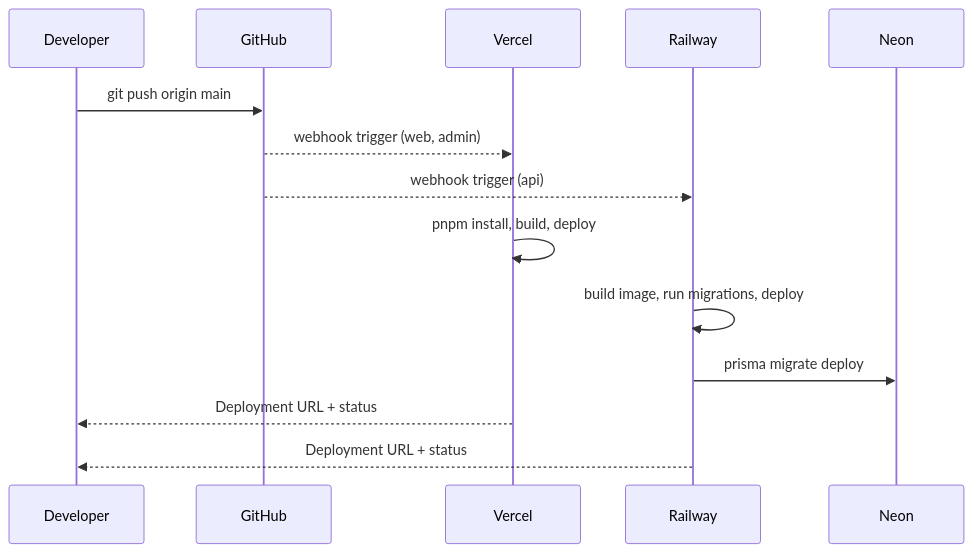
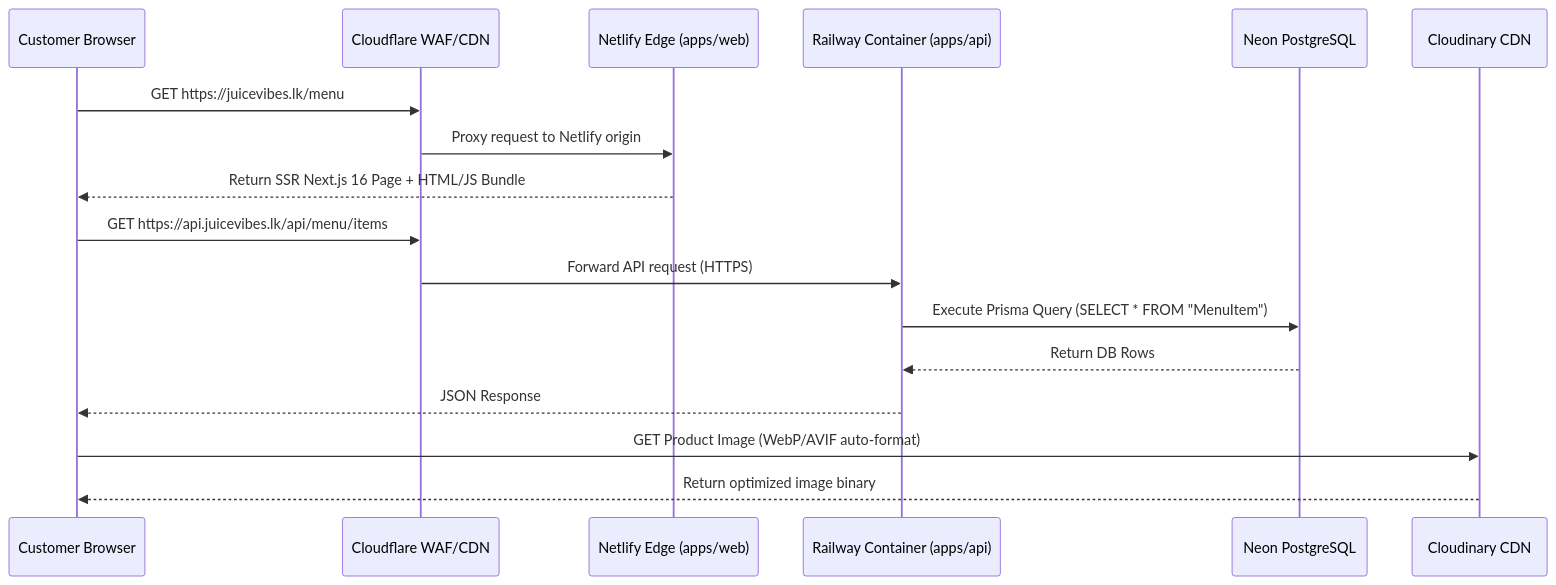
One commit to juicevibeonline-code/juicevibe-platform changed the second of 6 diagrams in docs/JuiceVibe_Production_Deployment_Infrastructure_Manual.md. Above: the diagram before and after it, drawn with Mermaid. The commit also changed other lines of this file and 4 other files, not shown here.

Commit message:
docs: add comprehensive production deployment infrastructure manuals and status documentation

````diff
--- a/docs/JuiceVibe_Production_Deployment_Infrastructure_Manual.md
+++ b/docs/JuiceVibe_Production_Deployment_Infrastructure_Manual.md
@@ -197,17 +142,20 @@
 ```mermaid
 sequenceDiagram
-    participant Dev as Developer
-    participant GH as GitHub
-    participant Vercel as Vercel
-    participant Railway as Railway
-    participant Neon as Neon
+    participant Customer as Customer Browser
+    participant CF as Cloudflare WAF/CDN
+    participant Netlify as Netlify Edge (apps/web)
+    participant Railway as Railway Container (apps/api)
+    participant Neon as Neon PostgreSQL
+    participant Cloudinary as Cloudinary CDN
 
-    Dev->>GH: git push origin main
-    GH-->>Vercel: webhook trigger (web, admin)
-    GH-->>Railway: webhook trigger (api)
-    Vercel->>Vercel: pnpm install, build, deploy
-    Railway->>Railway: build image, run migrations, deploy
-    Railway->>Neon: prisma migrate deploy
-    Vercel-->>Dev: Deployment URL + status
-    Railway-->>Dev: Deployment URL + status
+    Customer->>CF: GET https://juicevibes.lk/menu
+    CF->>Netlify: Proxy request to Netlify origin
+    Netlify-->>Customer: Return SSR Next.js 16 Page + HTML/JS Bundle
+    Customer->>CF: GET https://api.juicevibes.lk/api/menu/items
+    CF->>Railway: Forward API request (HTTPS)
+    Railway->>Neon: Execute Prisma Query (SELECT * FROM "MenuItem")
+    Neon-->>Railway: Return DB Rows
+    Railway-->>Customer: JSON Response
+    Customer->>Cloudinary: GET Product Image (WebP/AVIF auto-format)
+    Cloudinary-->>Customer: Return optimized image binary
 ```
````
